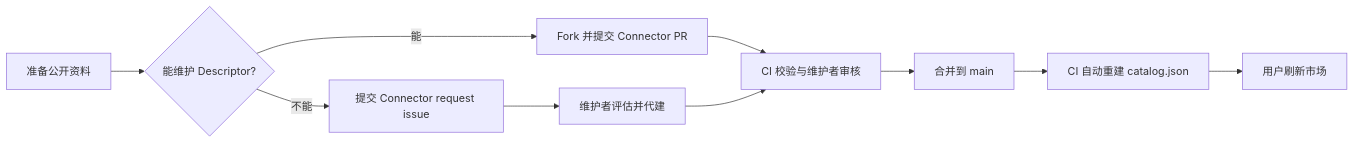
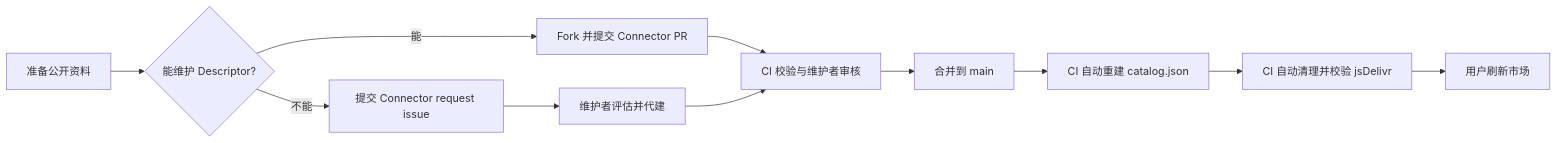
The diagram in README.md (duhu2000/dsh-mcp-connector-registry), drawn with Mermaid before and after one commit. The commit also changed other lines of this file and 7 other files, not shown here.

````diff
--- a/README.md
+++ b/README.md
@@ -29,12 +29,13 @@
 ```mermaid
 flowchart LR
   A[准备公开资料] --> B{能维护 Descriptor?}
   B -->|能| C[Fork 并提交 Connector PR]
   B -->|不能| D[提交 Connector request issue]
   D --> E[维护者评估并代建]
   C --> F[CI 校验与维护者审核]
   E --> F
   F --> G[合并到 main]
   G --> H[CI 自动重建 catalog.json]
-  H --> I[用户刷新市场]
+  H --> J[CI 自动清理并校验 jsDelivr]
+  J --> I[用户刷新市场]
 ```
````
